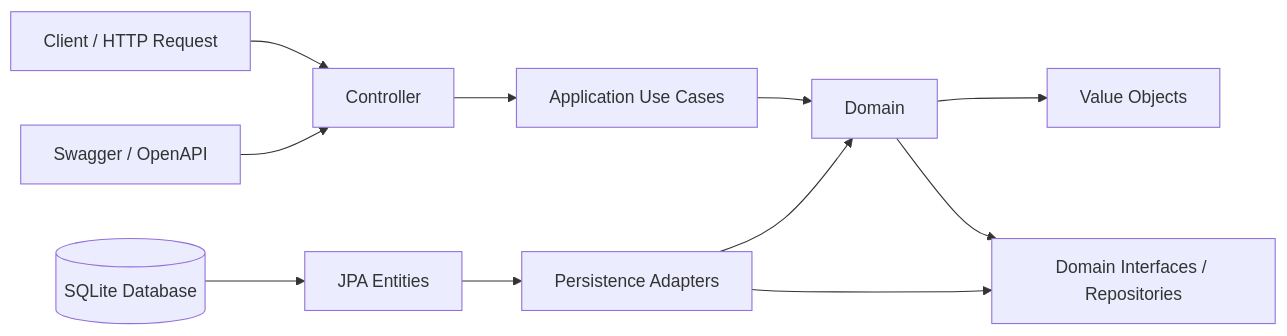
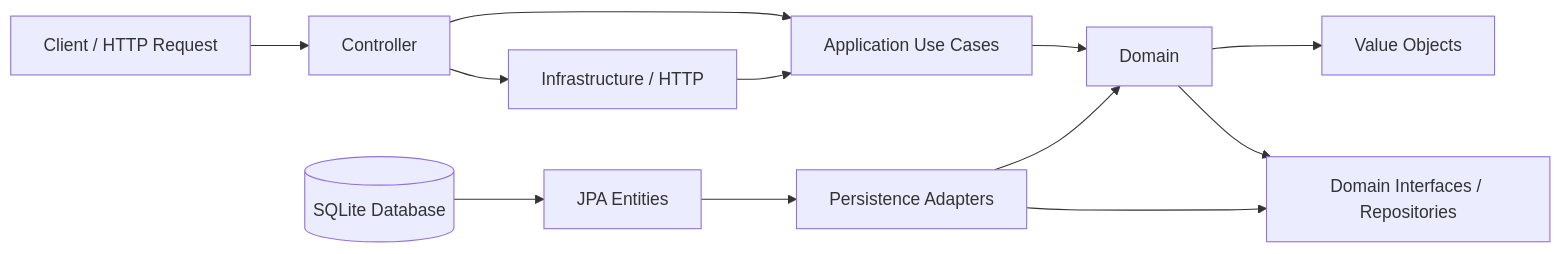
The diagram in README.md (AlexandreOliver/springAPI), drawn with Mermaid before and after one commit. The commit also changed other lines of this file, not shown here.

````diff
--- a/README.md
+++ b/README.md
@@ -99,15 +103,20 @@
 ```mermaid
 flowchart LR
     A[Client / HTTP Request] --> B[Controller]
     B --> C[Application Use Cases]
     C --> D[Domain]
     D --> E[Value Objects]
     D --> F[Domain Interfaces / Repositories]
 
-    G[JPA Entities] --> H[Persistence Adapters]
-    H --> F
-    H --> D
+    G[Infrastructure / HTTP]
+    H[JPA Entities]
+    I[Persistence Adapters]
+    J[(SQLite Database)]
 
-    I[(SQLite Database)] --> G
-    J[Swagger / OpenAPI] --> B
+    B --> G
+    G --> C
+    H --> I
+    I --> F
+    I --> D
+    J --> H
 ```
````
